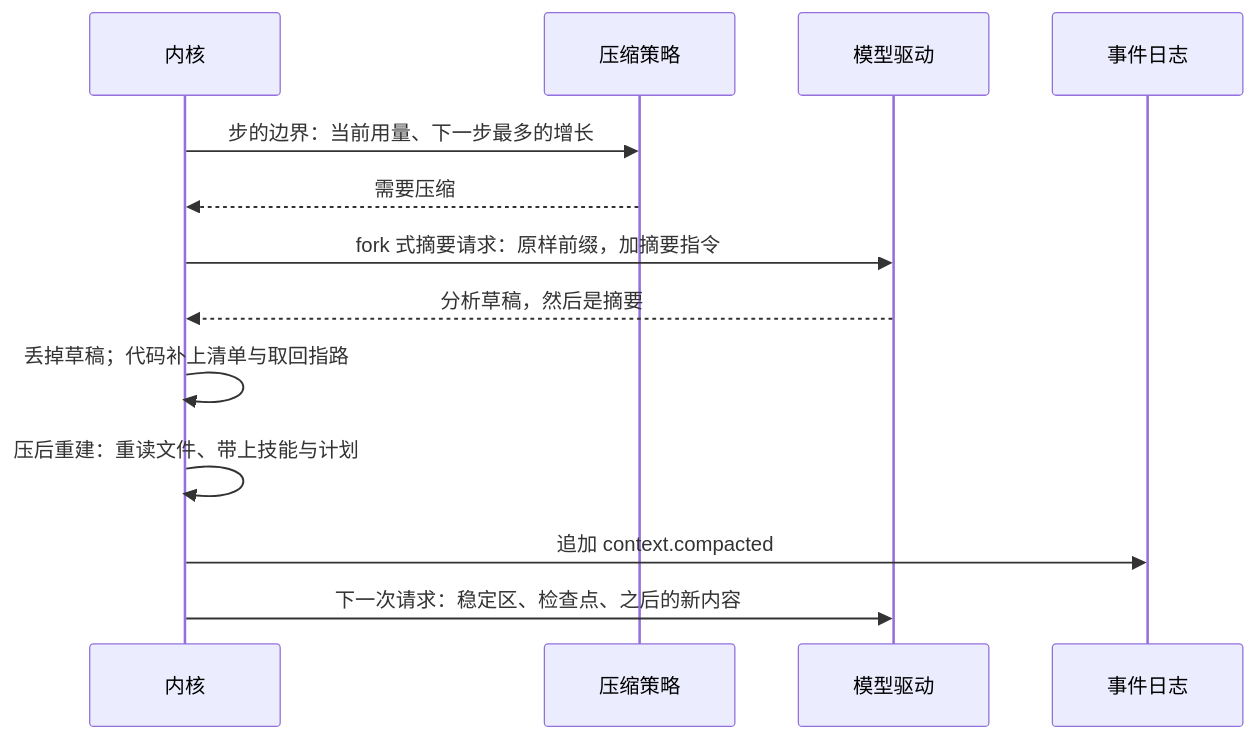
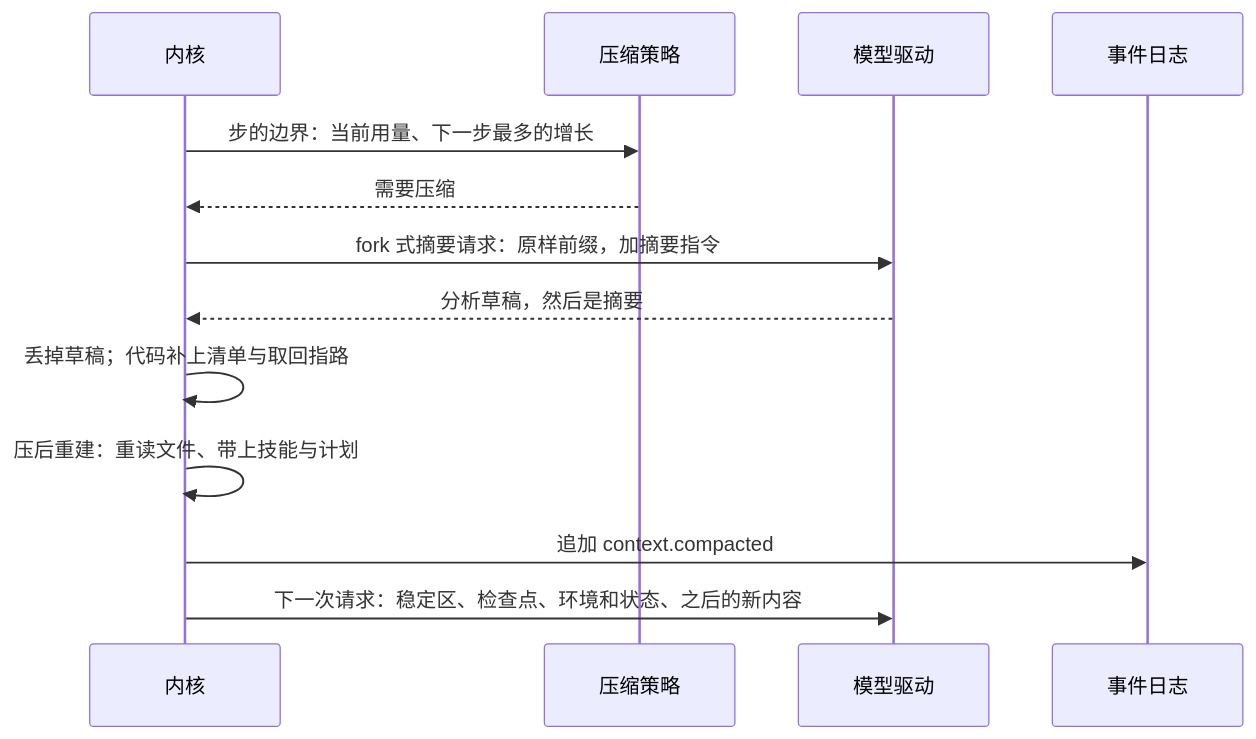
One commit to SHORiN-KiWATA/miyu-agent-remake changed the third of 4 diagrams in docs/designs/09-压缩.md. Above: the diagram before and after it, drawn with Mermaid. The commit also changed other lines of this file and 21 other files, not shown here.

````diff
--- a/docs/designs/09-压缩.md
+++ b/docs/designs/09-压缩.md
@@ -139,15 +139,15 @@
 ```mermaid
 sequenceDiagram
     participant K as 内核
     participant P as 压缩策略
     participant D as 模型驱动
     participant L as 事件日志
     K->>P: 步的边界：当前用量、下一步最多的增长
     P-->>K: 需要压缩
     K->>D: fork 式摘要请求：原样前缀，加摘要指令
     D-->>K: 分析草稿，然后是摘要
     K->>K: 丢掉草稿；代码补上清单与取回指路
     K->>K: 压后重建：重读文件、带上技能与计划
     K->>L: 追加 context.compacted
-    K->>D: 下一次请求：稳定区、检查点、之后的新内容
+    K->>D: 下一次请求：稳定区、检查点、环境和状态、之后的新内容
 ```
````
